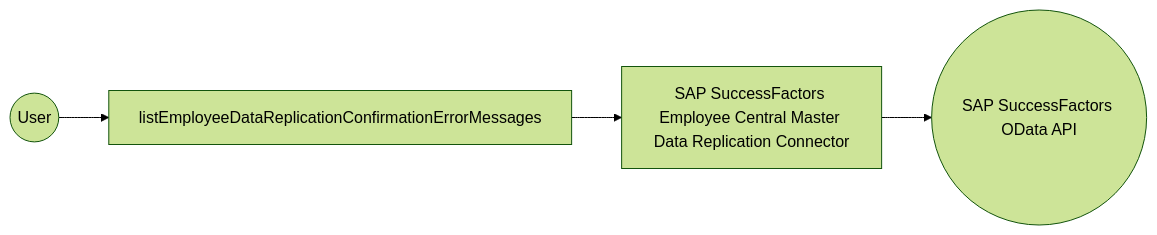
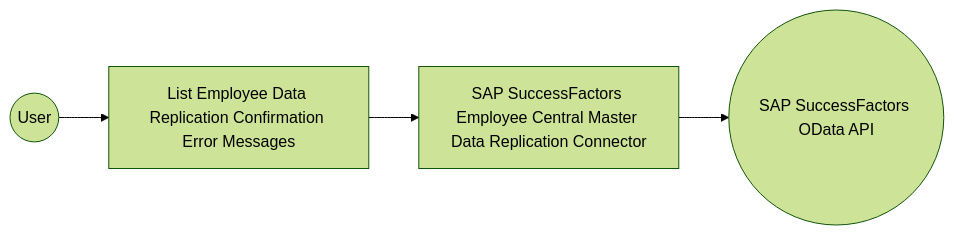
Before and after one commit to wso2/docs-integrator: the diagram in en/docs/connectors/catalog/hrms/sap.successfactors.ecmasterdatareplication/example.md, drawn with Mermaid (forest theme). The commit also changed other lines of this file and 6 other files, not shown here.

````diff
--- a/en/docs/connectors/catalog/hrms/sap.successfactors.ecmasterdatareplication/example.md
+++ b/en/docs/connectors/catalog/hrms/sap.successfactors.ecmasterdatareplication/example.md
@@ -12,6 +12,6 @@
 ```mermaid
 flowchart LR
-    A((User)) --> B[listEmployeeDataReplicationConfirmationErrorMessages]
+    A((User)) --> B[List Employee Data Replication Confirmation Error Messages]
     B --> C[SAP SuccessFactors Employee Central Master Data Replication Connector]
     C --> D((SAP SuccessFactors OData API))
 ```
````
